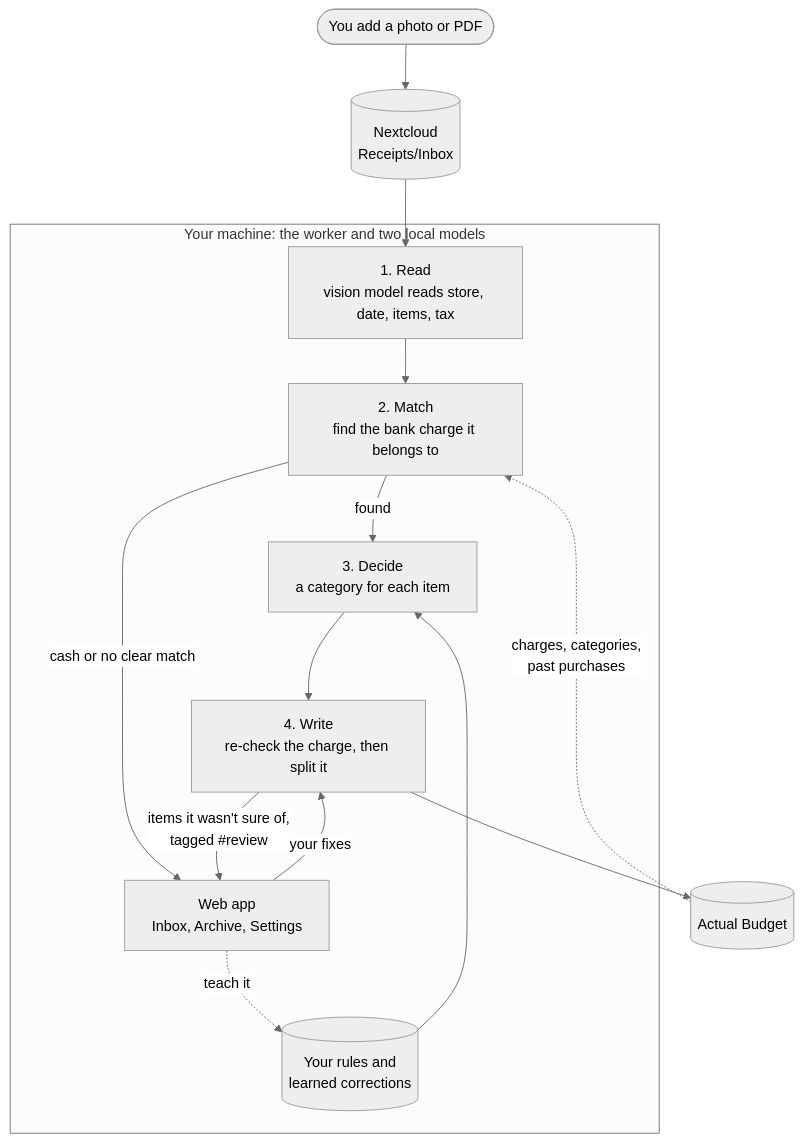
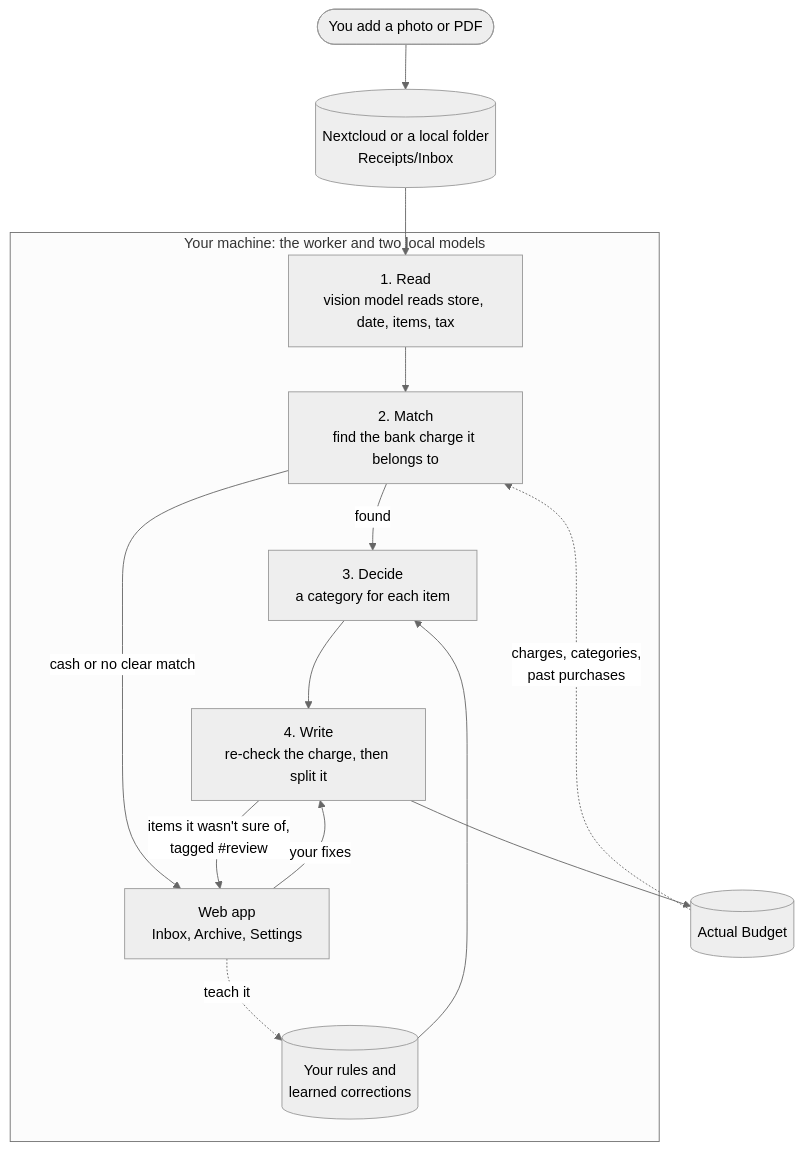
One commit to dakotagrvtt/Actual-Budget-Receipt-Processor changed the diagram in README.md. Above: the diagram before and after it, drawn with Mermaid (neutral theme). The commit also changed other lines of this file and 57 other files, not shown here.

First line of the commit message:
Storage: keep receipts in a local folder, and move between storages

````diff
--- a/README.md
+++ b/README.md
@@ -43,20 +43,20 @@
 ```mermaid
 flowchart TD
-  you(["You add a photo or PDF"]) --> inbox[("Nextcloud<br/>Receipts/Inbox")]
+  you(["You add a photo or PDF"]) --> inbox[("Nextcloud or a local folder<br/>Receipts/Inbox")]
   inbox --> read
 
   subgraph machine["Your machine: the worker and two local models"]
     read["1. Read<br/>vision model reads store, date, items, tax"] --> match["2. Match<br/>find the bank charge it belongs to"]
     match -->|"found"| decide["3. Decide<br/>a category for each item"]
     memory[("Your rules and<br/>learned corrections")] --> decide
     decide --> write["4. Write<br/>re-check the charge, then split it"]
     panel["Web app<br/>Inbox, Archive, Settings"]
   end
 
   write --> actual[("Actual Budget")]
   actual -.->|"charges, categories,<br/>past purchases"| match
   match -->|"cash or no clear match"| panel
   write -->|"items it wasn't sure of,<br/>tagged #review"| panel
   panel -->|"your fixes"| write
   panel -.->|"teach it"| memory
 ```
````
